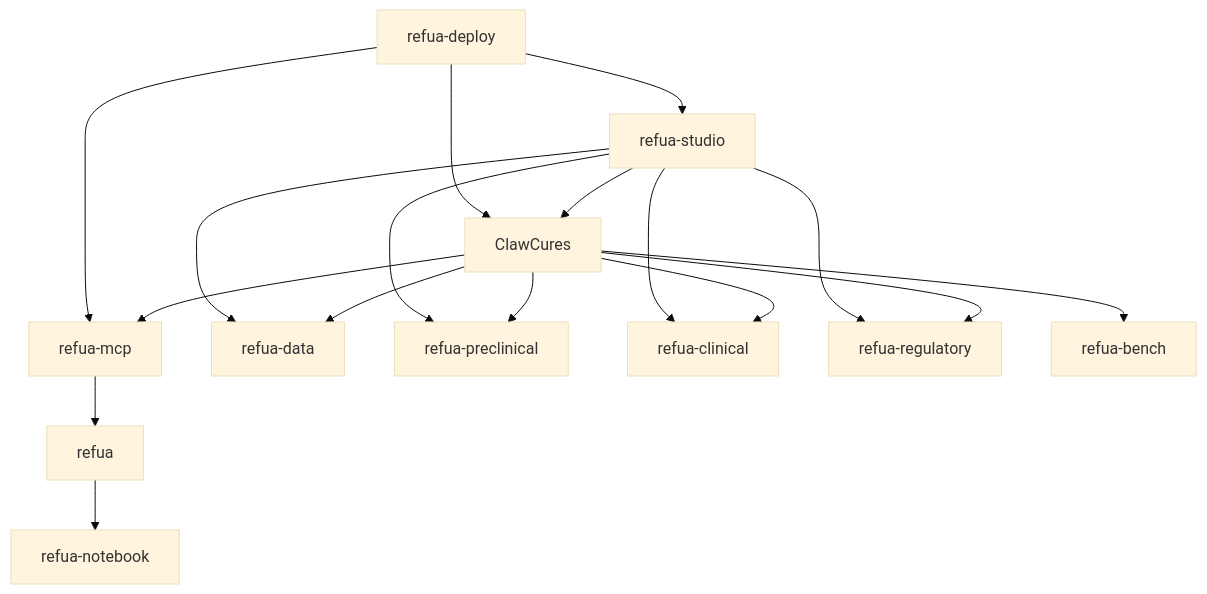
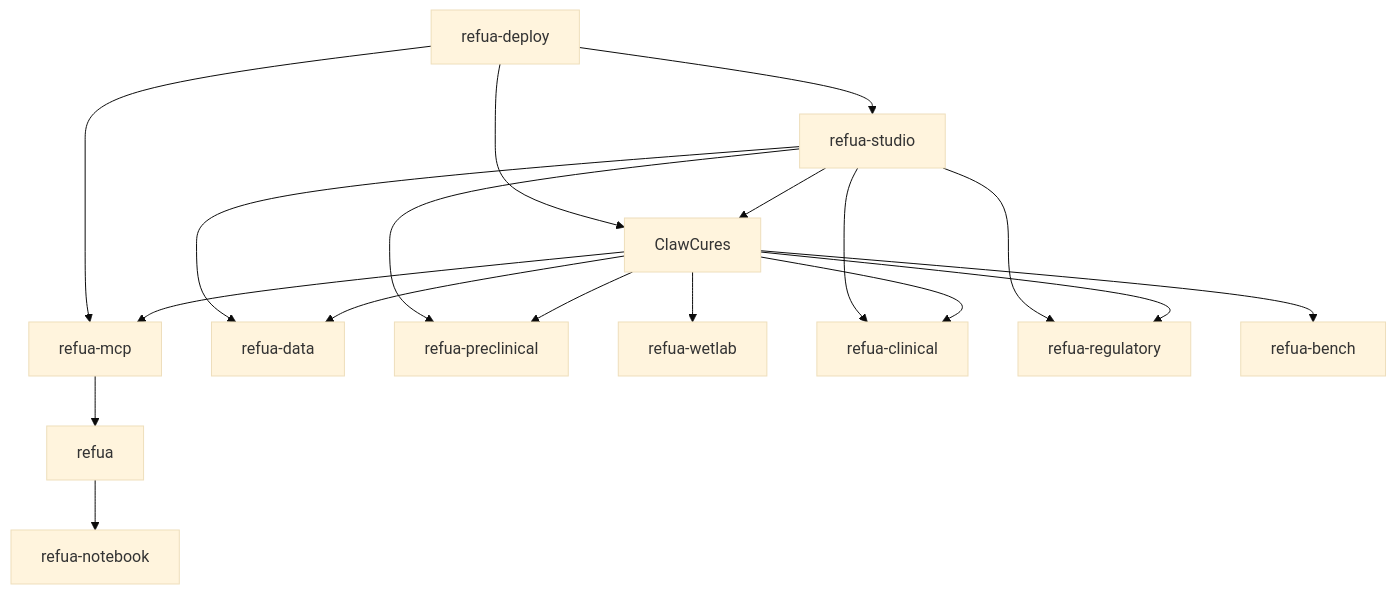
One commit to agentcures/.github changed the diagram in profile/README.md. Above: the diagram before and after it, drawn with Mermaid (base theme). The commit also changed other lines of this file and 1 other file, not shown here.

Commit message:
Add refua-wetlab to GitHub READMEs

````diff
--- a/profile/README.md
+++ b/profile/README.md
@@ -18,19 +18,20 @@
 ```mermaid
 flowchart TD
     S[refua-studio] --> C[ClawCures]
     C --> M[refua-mcp]
     M --> R[refua]
     R --> N[refua-notebook]
     C --> D[refua-data]
     C --> P[refua-preclinical]
+    C --> W[refua-wetlab]
     C --> L[refua-clinical]
     C --> G[refua-regulatory]
     C --> B[refua-bench]
     S --> G
     S --> L
     S --> P
     S --> D
     X[refua-deploy] --> S
     X --> C
     X --> M
 ```
````
